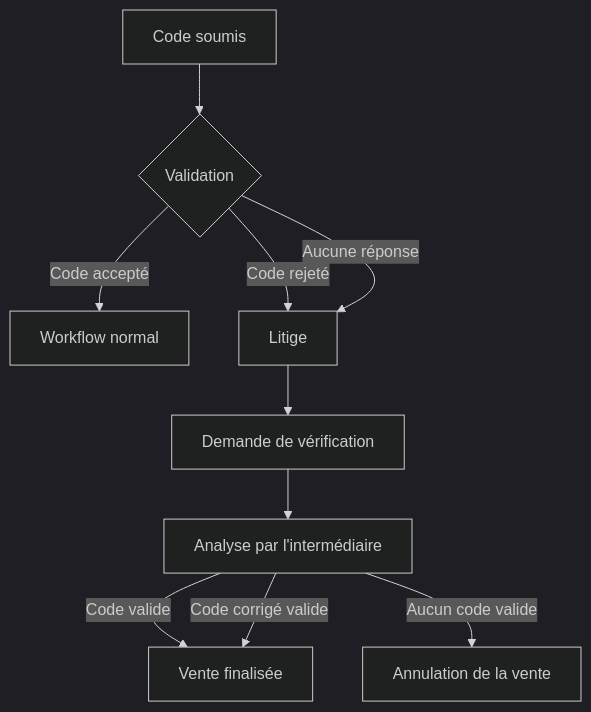
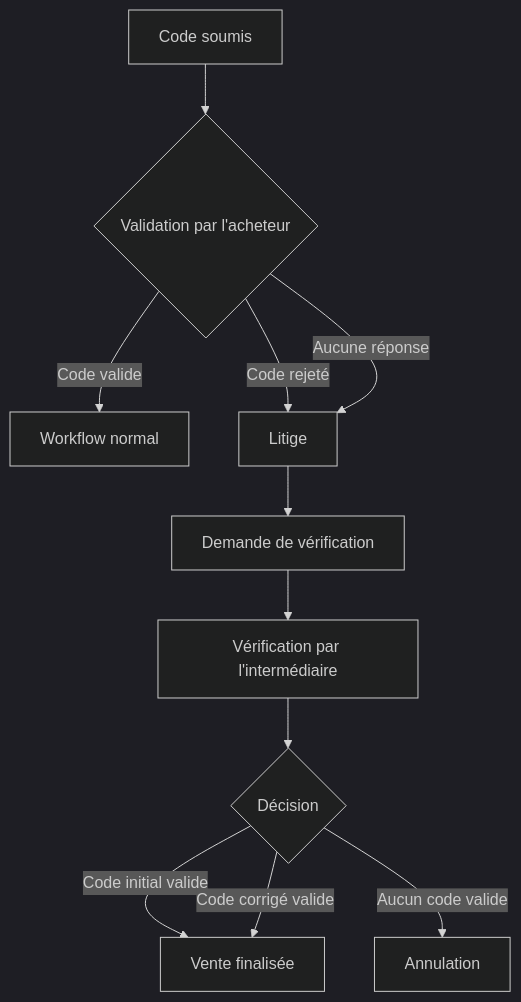
Before and after one commit to Alexsilva43/Projet_final: the second of 4 diagrams in README.md, drawn with Mermaid (dark theme). The commit also changed other lines of this file and 1 other file, not shown here.

Commit message:
Update code and doc

````diff
--- a/README.md
+++ b/README.md
@@ -638,22 +383,24 @@
-```mermaid
+```mermaid id="8n2d4v"
 flowchart TD
 
 A[Code soumis]
---> B{Validation}
+--> B{Validation par l'acheteur}
 
-B -->|Code accepté| C[Workflow normal]
+B -->|Code valide| C[Workflow normal]
 
 B -->|Code rejeté| D[Litige]
 
 B -->|Aucune réponse| D
 
 D --> E[Demande de vérification]
 
-E --> F[Analyse par l'intermédiaire]
+E --> F[Vérification par l'intermédiaire]
 
-F -->|Code valide| G[Vente finalisée]
+F --> G{Décision}
 
-F -->|Code corrigé valide| G
+G -->|Code initial valide| H[Vente finalisée]
 
-F -->|Aucun code valide| H[Annulation de la vente]
+G -->|Code corrigé valide| H
+
+G -->|Aucun code valide| I[Annulation]
 ```
````
